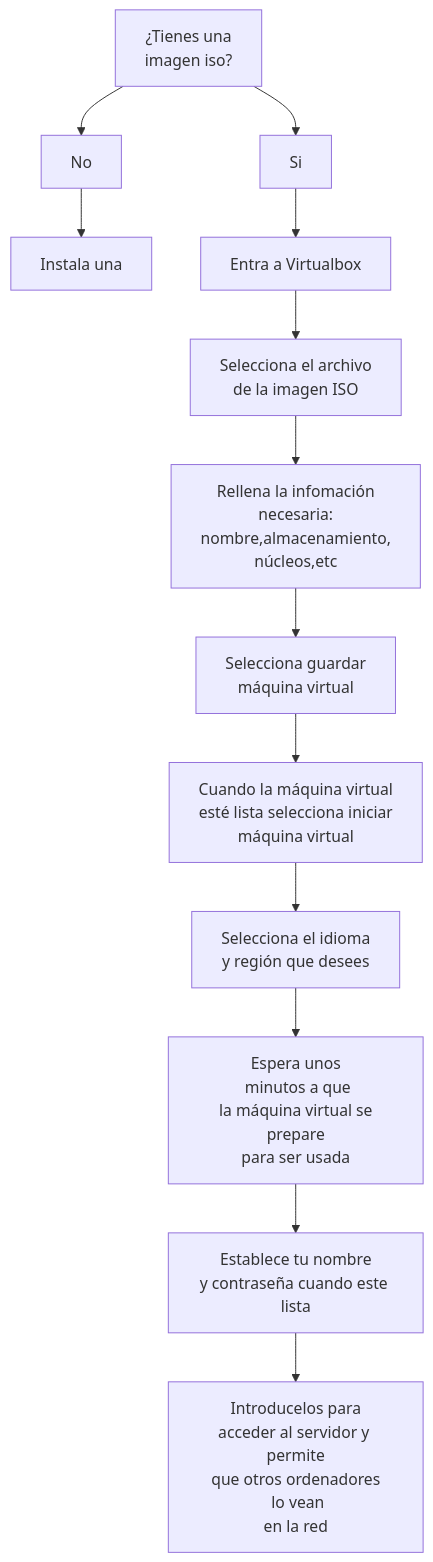
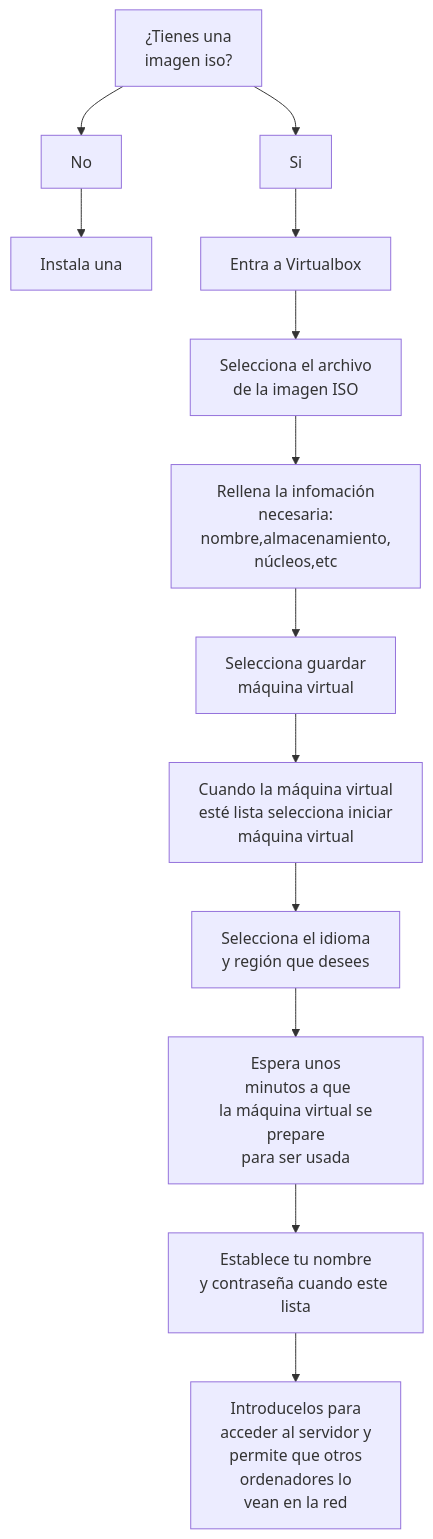
Before and after one commit to jesmattri-cpu/Tarea-Windows-server-visual: the diagram in Guía-digital-instalacion-windows-visual.md, drawn with Mermaid.

````diff
--- a/Guía-digital-instalacion-windows-visual.md
+++ b/Guía-digital-instalacion-windows-visual.md
@@ -1,33 +1,33 @@
 ```mermaid
 graph TD;
     id1[¿Tienes una
  imagen iso?]-->id3[Si];
     id1[¿Tienes una
  imagen iso?]-->id2[No];
     id2[No]-->id4[Instala una];
     id3[Si]-->id5[Entra a Virtualbox];
     id5-->id6[Selecciona el archivo
  de la imagen ISO];
 id6-->id7[Rellena la infomación
  necesaria:
 nombre,almacenamiento,
 núcleos,etc];
 id7-->id8[Selecciona guardar
 máquina virtual];
 id8-->id9[Cuando la máquina virtual
  esté lista selecciona iniciar
 máquina virtual];
 id9-->id10[Selecciona el idioma
 y región que desees]
 id10-->id11[Espera unos
  minutos a que
  la máquina virtual se prepare
 para ser usada];
 id11-->id12[Establece tu nombre
 y contraseña cuando este lista]
 id12-->id13[Introducelos para
-acceder al servidor y permite
-que otros ordenadores
- lo vean
-en la red]
+acceder al servidor y
+permite que otros
+ ordenadores lo
+vean en la red]
 ```
````
